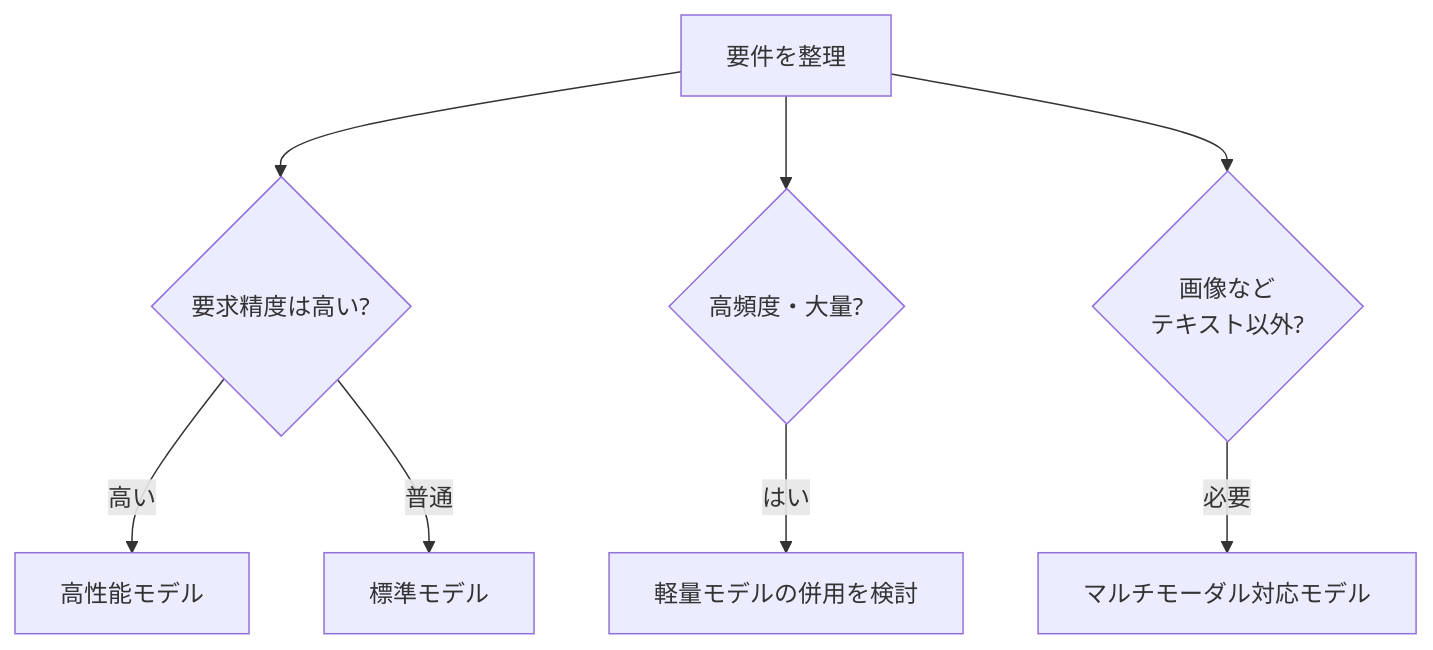
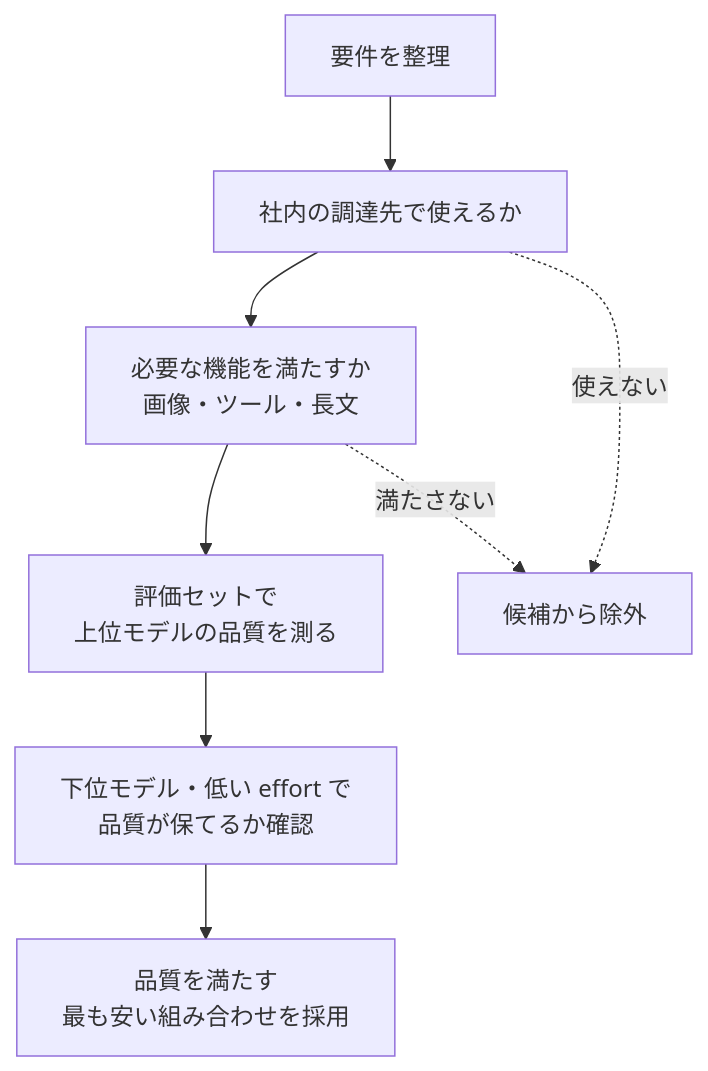
Before and after one commit to mike-sugimoto/ai-tech-notes: the second of 2 diagrams in src/content/docs/llm-basics/models.md, drawn with Mermaid. The commit also changed other lines of this file and 5 other files, not shown here.

````diff
--- a/src/content/docs/llm-basics/models.md
+++ b/src/content/docs/llm-basics/models.md
@@ -44,10 +57,10 @@
 ```mermaid
-flowchart TD
-    START[要件を整理] --> ACC{要求精度は高い?}
-    ACC -->|高い| HI[高性能モデル]
-    ACC -->|普通| MID[標準モデル]
-    START --> FREQ{高頻度・大量?}
-    FREQ -->|はい| LOW[軽量モデルの併用を検討]
-    START --> MOD{画像など<br/>テキスト以外?}
-    MOD -->|必要| MM[マルチモーダル対応モデル]
+flowchart TB
+    START[要件を整理] --> AV[社内の調達先で使えるか]
+    AV --> MOD[必要な機能を満たすか<br/>画像・ツール・長文]
+    MOD --> EV[評価セットで<br/>上位モデルの品質を測る]
+    EV --> DOWN[下位モデル・低い effort で<br/>品質が保てるか確認]
+    DOWN --> PICK[品質を満たす<br/>最も安い組み合わせを採用]
+    AV -. 使えない .-> X[候補から除外]
+    MOD -. 満たさない .-> X
 ```
````
